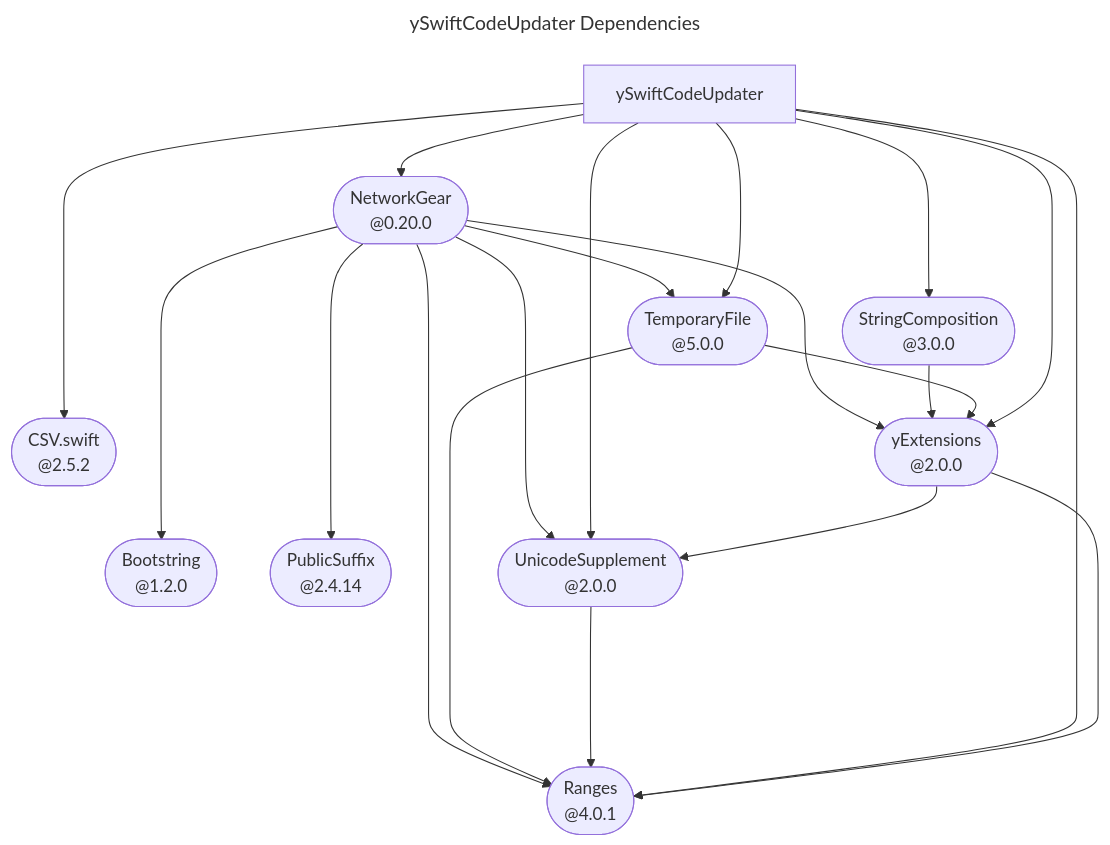
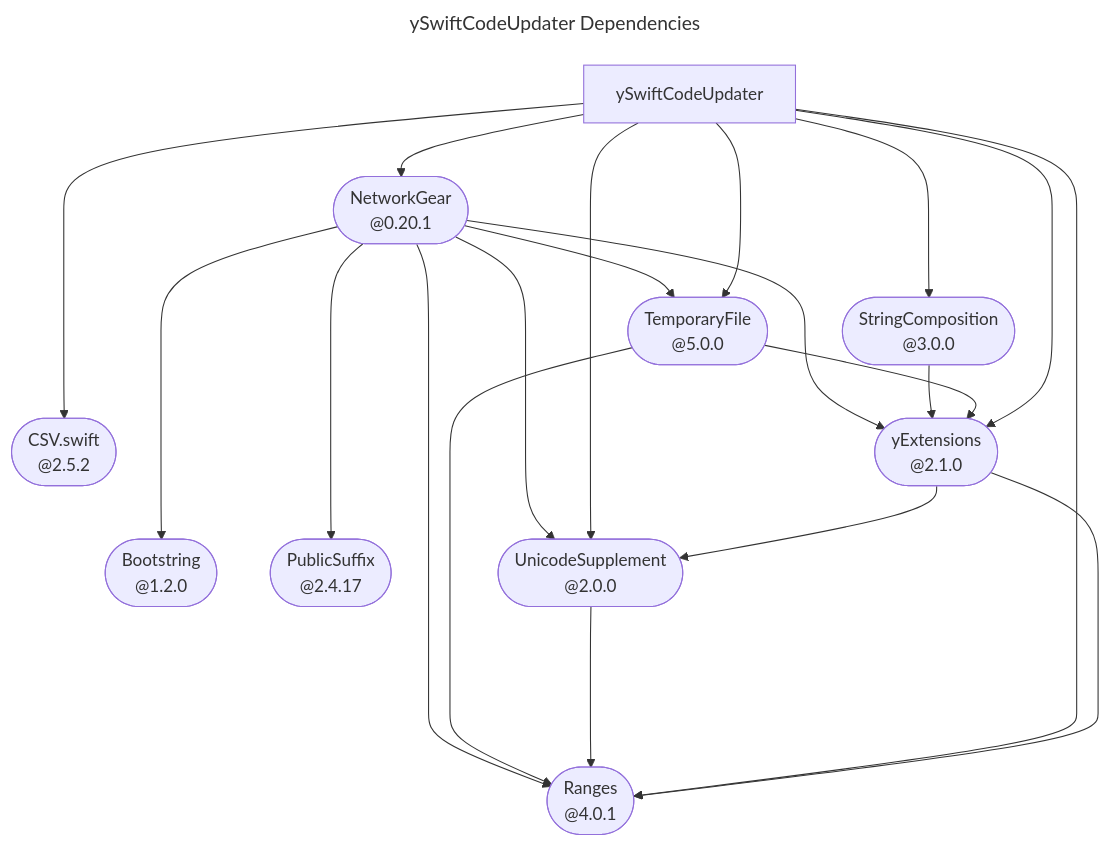
Before and after one commit to YOCKOW/ySwiftCodeUpdater: the diagram in README.md, drawn with Mermaid.

Commit message:
Update "./README.md".
This commit is done by the workflow in [SwiftPackageHelperTools](https://GitHub.com/YOCKOW/SwiftPackageHelperTools.git).
- UUID: 8759d46a-34fa-4de7-96c6-95616d8e5d9e
- Date: 2026-04-16 08:46:47+0000

````diff
--- a/README.md
+++ b/README.md
@@ -15,48 +15,48 @@
 ```mermaid
 ---
 title: ySwiftCodeUpdater Dependencies
 ---
 flowchart TD
   csv.swift(["CSV.swift<br>@2.5.2"])
   swiftbootstring(["Bootstring<br>@1.2.0"])
-  swiftnetworkgear(["NetworkGear<br>@0.20.0"])
-  swiftpublicsuffix(["PublicSuffix<br>@2.4.14"])
+  swiftnetworkgear(["NetworkGear<br>@0.20.1"])
+  swiftpublicsuffix(["PublicSuffix<br>@2.4.17"])
   swiftranges(["Ranges<br>@4.0.1"])
   swiftstringcomposition(["StringComposition<br>@3.0.0"])
   swifttemporaryfile(["TemporaryFile<br>@5.0.0"])
   swiftunicodesupplement(["UnicodeSupplement<br>@2.0.0"])
   yswiftcodeupdater["ySwiftCodeUpdater"]
-  yswiftextensions(["yExtensions<br>@2.0.0"])
+  yswiftextensions(["yExtensions<br>@2.1.0"])
 
   click csv.swift href "https://github.com/YOCKOW/CSV.swift.git"
   click swiftbootstring href "https://github.com/YOCKOW/SwiftBootstring.git"
   click swiftnetworkgear href "https://github.com/YOCKOW/SwiftNetworkGear.git"
   click swiftpublicsuffix href "https://github.com/YOCKOW/SwiftPublicSuffix.git"
   click swiftranges href "https://github.com/YOCKOW/SwiftRanges.git"
   click swiftstringcomposition href "https://github.com/YOCKOW/SwiftStringComposition.git"
   click swifttemporaryfile href "https://github.com/YOCKOW/SwiftTemporaryFile.git"
   click swiftunicodesupplement href "https://github.com/YOCKOW/SwiftUnicodeSupplement.git"
   click yswiftextensions href "https://github.com/YOCKOW/ySwiftExtensions.git"
 
   swiftnetworkgear ----> swiftbootstring
   swiftnetworkgear ----> swiftpublicsuffix
   swiftnetworkgear ----> swiftranges
   swiftnetworkgear --> swifttemporaryfile
   swiftnetworkgear --> swiftunicodesupplement
   swiftnetworkgear --> yswiftextensions
   swiftstringcomposition --> yswiftextensions
   swifttemporaryfile ----> swiftranges
   swifttemporaryfile --> yswiftextensions
   swiftunicodesupplement ----> swiftranges
   yswiftcodeupdater ----> csv.swift
   yswiftcodeupdater --> swiftnetworkgear
   yswiftcodeupdater ----> swiftranges
   yswiftcodeupdater --> swiftstringcomposition
   yswiftcodeupdater --> swifttemporaryfile
   yswiftcodeupdater --> swiftunicodesupplement
   yswiftcodeupdater --> yswiftextensions
   yswiftextensions ----> swiftranges
   yswiftextensions --> swiftunicodesupplement
 
 
 ```
````
